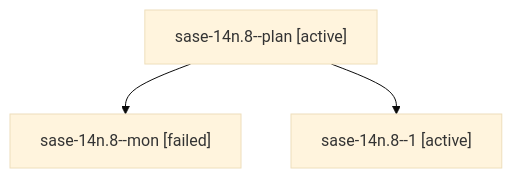
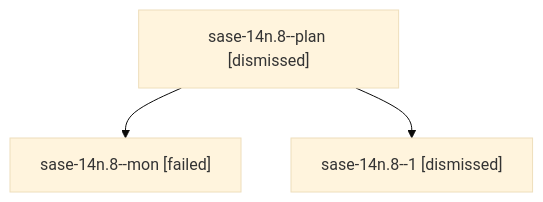
The diagram in sessions/bbugyi200.athena.sase-14n.8.md (sase-org/sase--agents), drawn with Mermaid (base theme) before and after one commit. The commit also changed other lines of this file and 106 other files, not shown here.

````diff
--- a/sessions/bbugyi200.athena.sase-14n.8.md
+++ b/sessions/bbugyi200.athena.sase-14n.8.md
@@ -9,8 +9,8 @@
 ```mermaid
 flowchart TD
-  n0["sase-14n.8--plan [active]"]
+  n0["sase-14n.8--plan [dismissed]"]
   n1["sase-14n.8--mon [failed]"]
   n0 --> n1
-  n2["sase-14n.8--1 [active]"]
+  n2["sase-14n.8--1 [dismissed]"]
   n0 --> n2
 ```
````
